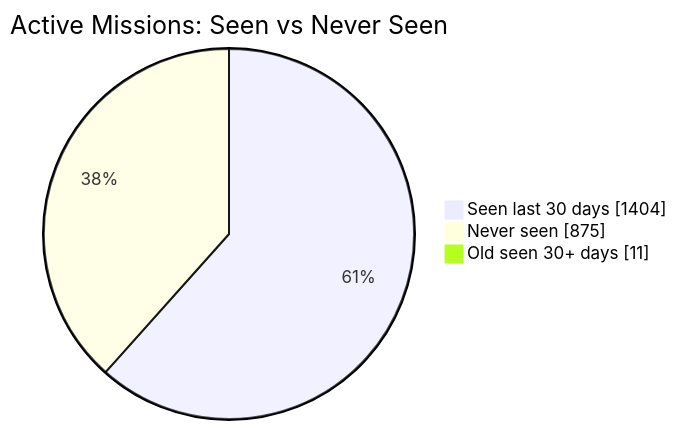
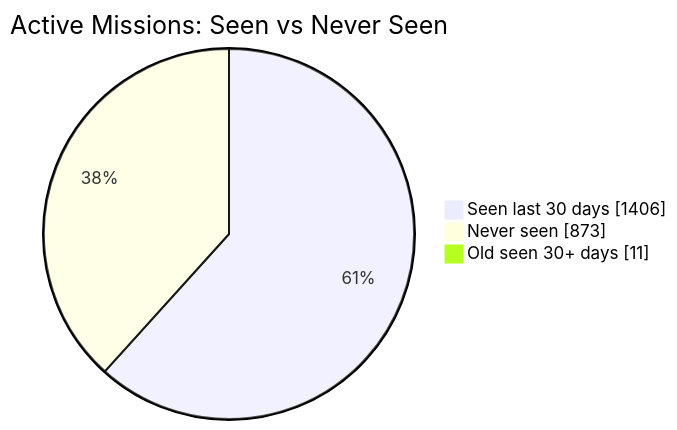
Before and after one commit to MeldkamerspelGameTeam/active-missions: the first of 2 diagrams in README.md, drawn with Mermaid. The commit also changed other lines of this file and 2 other files, not shown here.

````diff
--- a/README.md
+++ b/README.md
@@ -34,7 +34,7 @@
 ```mermaid
 pie showData
     title Active Missions: Seen vs Never Seen
-    "Seen last 30 days" : 1404
-    "Never seen" : 875
+    "Seen last 30 days" : 1406
+    "Never seen" : 873
     "Old seen 30+ days" : 11
 ```
````
